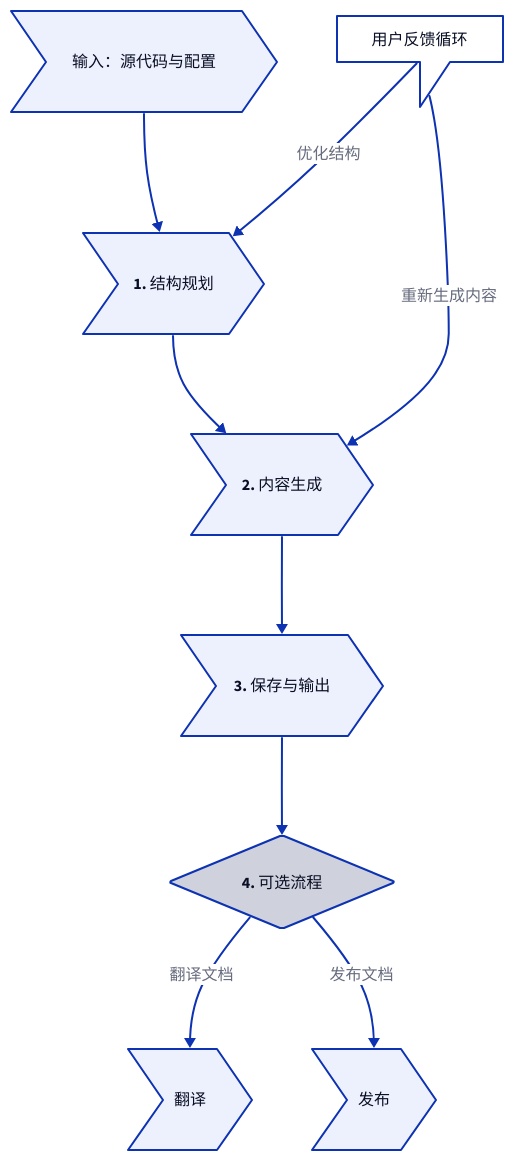
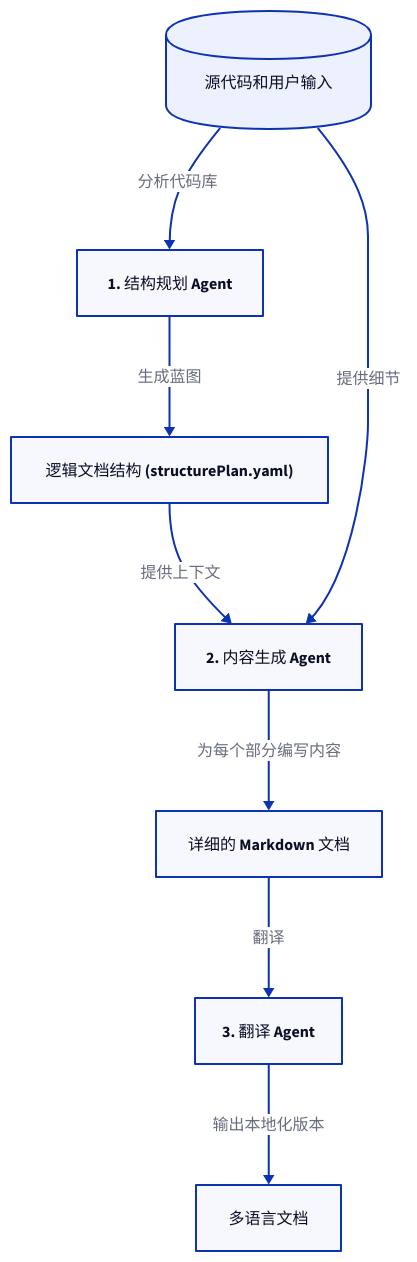
The diagram in docs/advanced-how-it-works.zh.md (AIGNE-io/aigne-doc-smith), drawn with D2 before and after one commit. The commit also changed other lines of this file and 39 other files, not shown here.

````diff
--- a/docs/advanced-how-it-works.zh.md
+++ b/docs/advanced-how-it-works.zh.md
@@ -21,55 +19,47 @@
 ```d2
 direction: down
 
-"Source Code & Config": {
-  shape: step
-  label: "输入：源代码与配置"
+Source-Code: {
+  label: "源代码和用户输入"
+  shape: cylinder
 }
 
-"Structure Planning": {
-  shape: step
-  label: "1. 结构规划"
+Structure-Planner: {
+  label: "1. 结构规划 Agent"
+  shape: rectangle
 }
 
-"Content Generation": {
-  shape: step
-  label: "2. 内容生成"
+Structure-Plan: {
+  label: "逻辑文档结构 (structurePlan.yaml)"
+  shape: rectangle
 }
 
-"Saving & Output": {
-  shape: step
-  label: "3. 保存与输出"
+Content-Generator: {
+  label: "2. 内容生成 Agent"
+  shape: rectangle
 }
 
-"Optional Processes": {
-  shape: diamond
-  label: "4. 可选流程"
+Markdown-Docs: {
+  label: "详细的 Markdown 文档"
+  shape: rectangle
 }
 
-"Translation": {
-  shape: step
-  label: "翻译"
+Translation-Agent: {
+  label: "3. 翻译 Agent"
+  shape: rectangle
 }
 
-"Publishing": {
-  shape: step
-  label: "发布"
+Translated-Docs: {
+  label: "多语言文档"
+  shape: rectangle
 }
 
-"Feedback Loop": {
-  shape: callout
-  label: "用户反馈循环"
-}
-
-"Source Code & Config" -> "Structure Planning"
-"Structure Planning" -> "Content Generation"
-"Content Generation" -> "Saving & Output"
-"Saving & Output" -> "Optional Processes"
-
-"Optional Processes" -> "Translation": "翻译文档"
-"Optional Processes" -> "Publishing": "发布文档"
-
-"Structure Planning" <- "Feedback Loop": "优化结构"
-"Content Generation" <- "Feedback Loop": "重新生成内容"
+Source-Code -> Structure-Planner: "分析代码库"
+Structure-Planner -> Structure-Plan: "生成蓝图"
+Structure-Plan -> Content-Generator: "提供上下文"
+Source-Code -> Content-Generator: "提供细节"
+Content-Generator -> Markdown-Docs: "为每个部分编写内容"
+Markdown-Docs -> Translation-Agent: "翻译"
+Translation-Agent -> Translated-Docs: "输出本地化版本"
 
 ```
````
